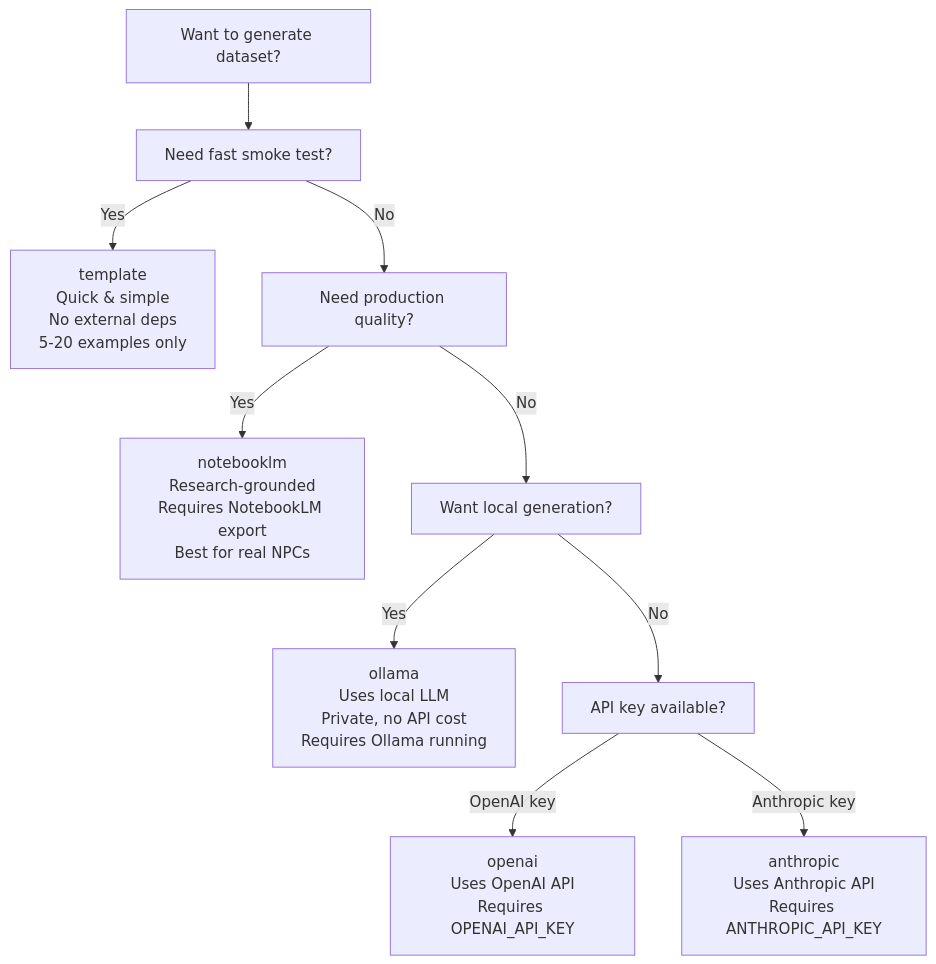
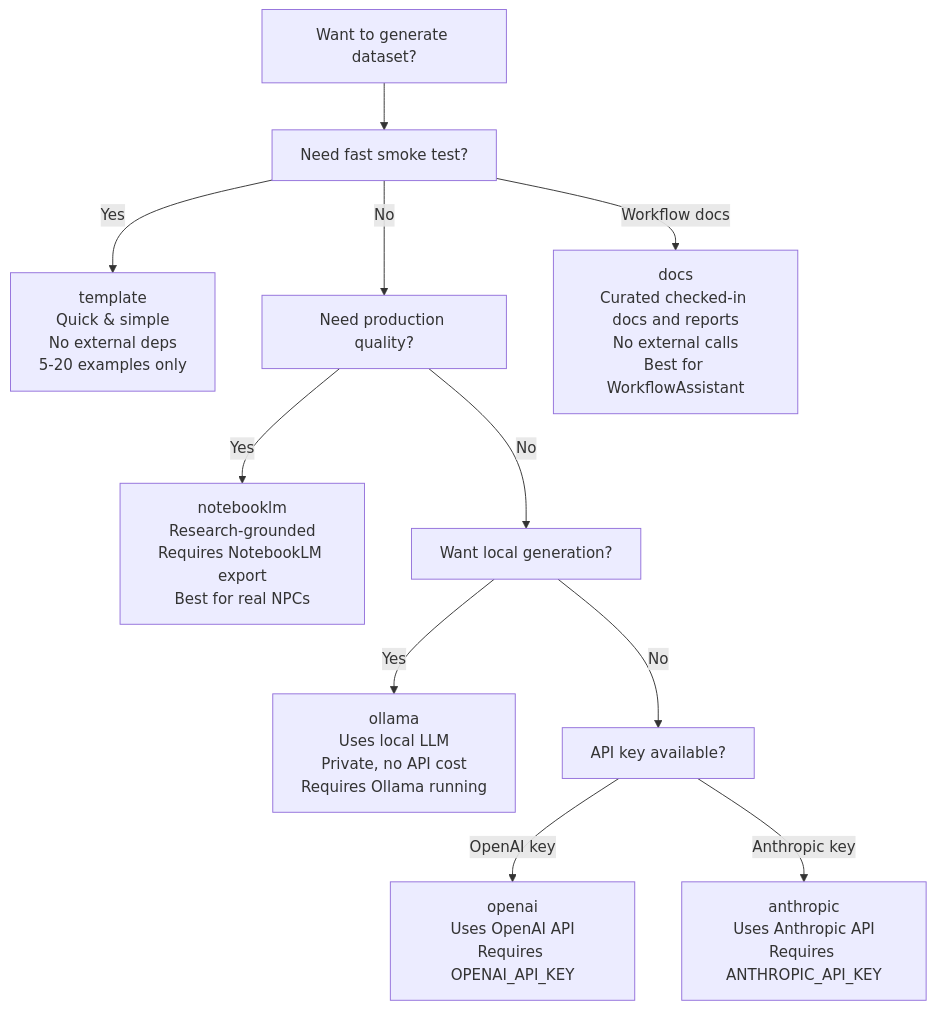
Before and after one commit to athargamedev/Unsloth_Core: the third of 7 diagrams in docs/DATASET_STRUCTURE_AND_LOGIC.md, drawn with Mermaid. The commit also changed other lines of this file and 19 other files, not shown here.

````diff
--- a/docs/DATASET_STRUCTURE_AND_LOGIC.md
+++ b/docs/DATASET_STRUCTURE_AND_LOGIC.md
@@ -270,13 +274,14 @@
 ```mermaid
 flowchart TD
     Start["Want to generate dataset?"]
     Start --> CheckSpeed["Need fast smoke test?"]
     CheckSpeed -- Yes --> Template["template<br/>Quick & simple<br/>No external deps<br/>5-20 examples only"]
     CheckSpeed -- No --> CheckQuality["Need production quality?"]
     CheckQuality -- Yes --> NotebookLM["notebooklm<br/>Research-grounded<br/>Requires NotebookLM export<br/>Best for real NPCs"]
+    CheckSpeed -- Workflow docs --> DocsTechnique["docs<br/>Curated checked-in docs and reports<br/>No external calls<br/>Best for WorkflowAssistant"]
     CheckQuality -- No --> CheckLocal["Want local generation?"]
     CheckLocal -- Yes --> Ollama["ollama<br/>Uses local LLM<br/>Private, no API cost<br/>Requires Ollama running"]
     CheckLocal -- No --> CheckAPI["API key available?"]
     CheckAPI -- OpenAI key --> OpenAIGen["openai<br/>Uses OpenAI API<br/>Requires OPENAI_API_KEY"]
     CheckAPI -- Anthropic key --> AnthropicGen["anthropic<br/>Uses Anthropic API<br/>Requires ANTHROPIC_API_KEY"]
 ```
````
